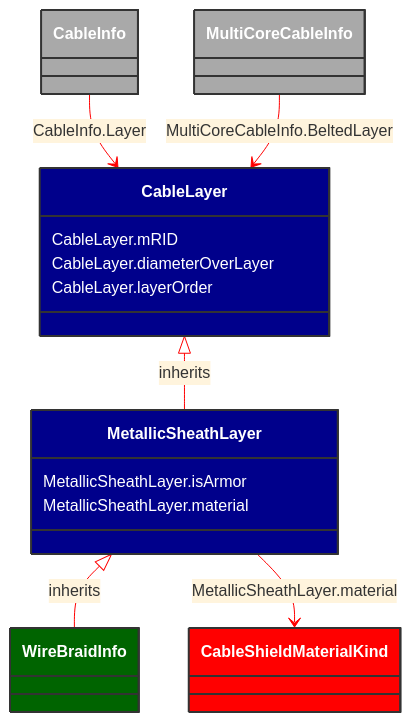
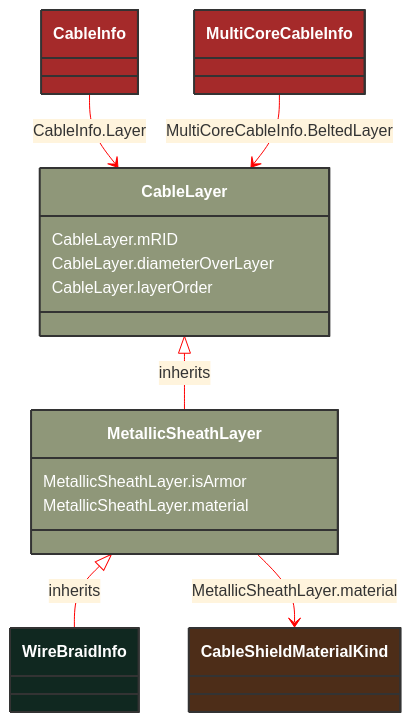
One commit to 3lbits/NoCIMExtensions changed the diagram in docs/Models/Profiles/SubseaCableInfo/ConcreteClasses/WireBraidInfo.md. Above: the diagram before and after it, drawn with Mermaid. The commit also changed 190 other files, not shown here.

````diff
--- a/docs/Models/Profiles/SubseaCableInfo/ConcreteClasses/WireBraidInfo.md
+++ b/docs/Models/Profiles/SubseaCableInfo/ConcreteClasses/WireBraidInfo.md
@@ -8,44 +8,40 @@
 ```mermaid
 %%{init: {'theme':'base','themeVariables': {'lineColor': '#FF0000'}}}%%
 classDiagram
     class WireBraidInfo
     click WireBraidInfo href "/Models/Profiles/SubseaCableInfo/ConcreteClasses/WireBraidInfo/"
-    style WireBraidInfo fill:#006400,stroke:#333,stroke-width:2px,rx:10,ry:10,color:white
-
+    style WireBraidInfo fill:#102820,stroke:#333,stroke-width:2px,rx:10,ry:10,color:white
+     
         MetallicSheathLayer <|-- WireBraidInfo : inherits
             click MetallicSheathLayer href "/Models/Profiles/SubseaCableInfo/ConcreteClasses/MetallicSheathLayer/"
-            style MetallicSheathLayer fill:#00008B,stroke:#333,stroke-width:2px,rx:10,ry:10,color:white
-
-        WireBraidInfo
-            click WireBraidInfo href "/Models/Profiles/SubseaCableInfo/ConcreteClasses/WireBraidInfo/"
-            style MetallicSheathLayer fill:#00008B,stroke:#333,stroke-width:2px,rx:10,ry:10,color:white
-
+            style MetallicSheathLayer fill:#8F9779,stroke:#333,stroke-width:2px,rx:10,ry:10,color:white
+     
         CableLayer <|-- MetallicSheathLayer : inherits
             click CableLayer href "/Models/Profiles/SubseaCableInfo/AbstractClasses/CableLayer/"
-            style CableLayer fill:#00008B,stroke:#333,stroke-width:2px,rx:10,ry:10,color:white
+            style CableLayer fill:#8F9779,stroke:#333,stroke-width:2px,rx:10,ry:10,color:white
 
 
         CableInfo --> CableLayer : CableInfo.Layer
 
         CableInfo
             click CableInfo href "/Models/Profiles/SubseaCableInfo/ConcreteClasses/CableInfo/"
-            style CableInfo fill:#A9A9A9,stroke:#333,stroke-width:2px,rx:10,ry:10,color:white
+            style CableInfo fill:#A52A2A,stroke:#333,stroke-width:2px,rx:10,ry:10,color:white
 
         MultiCoreCableInfo --> CableLayer : MultiCoreCableInfo.BeltedLayer
 
         MultiCoreCableInfo
             click MultiCoreCableInfo href "/Models/Profiles/SubseaCableInfo/ConcreteClasses/MultiCoreCableInfo/"
-            style MultiCoreCableInfo fill:#A9A9A9,stroke:#333,stroke-width:2px,rx:10,ry:10,color:white
+            style MultiCoreCableInfo fill:#A52A2A,stroke:#333,stroke-width:2px,rx:10,ry:10,color:white
 
         MetallicSheathLayer --> CableShieldMaterialKind : MetallicSheathLayer.material
 
         CableShieldMaterialKind
             click CableShieldMaterialKind href "/Models/Profiles/SubseaCableInfo/Enumerations/CableShieldMaterialKind/"
-            style CableShieldMaterialKind fill:#FF0000,stroke:#333,stroke-width:2px,rx:10,ry:10,color:white
+            style CableShieldMaterialKind fill:#4D2D18,stroke:#333,stroke-width:2px,rx:10,ry:10,color:white
 
         MetallicSheathLayer : MetallicSheathLayer.isArmor
         MetallicSheathLayer : MetallicSheathLayer.material
         CableLayer : CableLayer.mRID
         CableLayer : CableLayer.diameterOverLayer
         CableLayer : CableLayer.layerOrder
 ```
````
